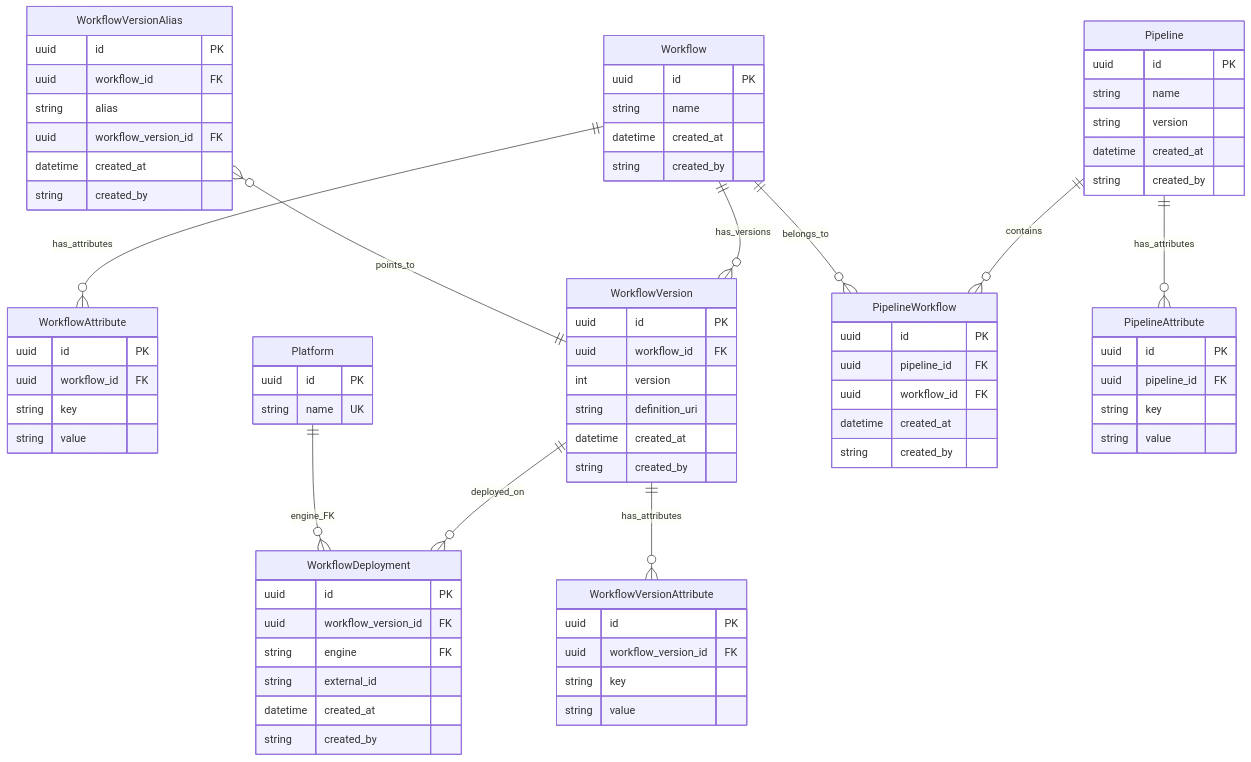
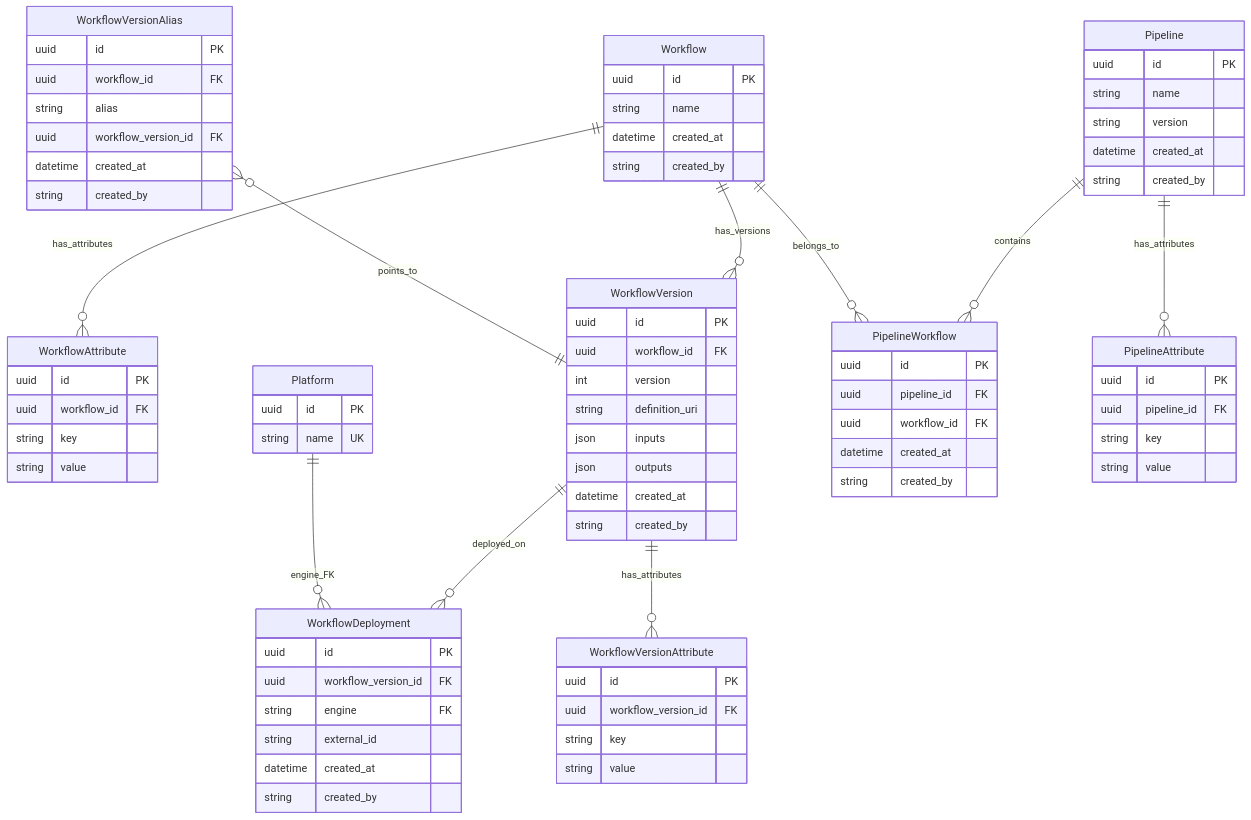
Before and after one commit to NGS360/APIServer: the diagram in docs/WORKFLOWS_AND_PIPELINES.md, drawn with Mermaid. The commit also changed other lines of this file, not shown here.

```diff
--- a/docs/WORKFLOWS_AND_PIPELINES.md
+++ b/docs/WORKFLOWS_AND_PIPELINES.md
@@ -59,6 +60,8 @@
         uuid workflow_id FK
         int version
         string definition_uri
+        json inputs
+        json outputs
         datetime created_at
         string created_by
     }
```
